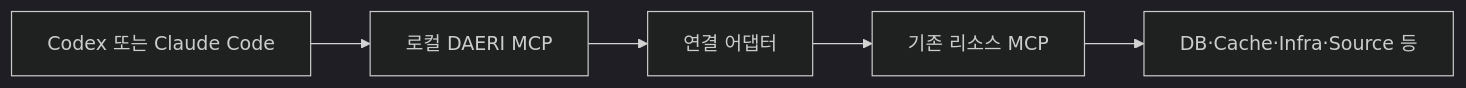
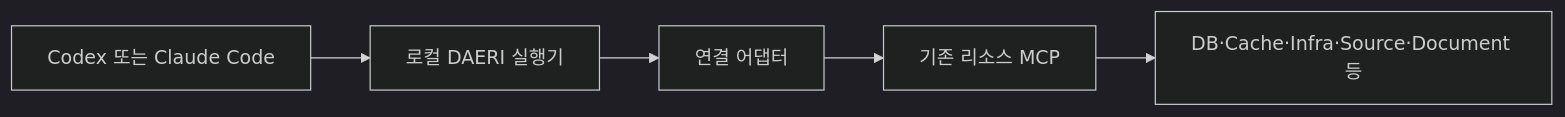
One commit to VVoodyHong/DAERI changed the diagram in docs/spec/resources/contract.md. Above: the diagram before and after it, drawn with Mermaid (dark theme). The commit also changed other lines of this file and 17 other files, not shown here.

````diff
--- a/docs/spec/resources/contract.md
+++ b/docs/spec/resources/contract.md
@@ -12,7 +13,7 @@
 ```mermaid
 flowchart LR
-    H[Codex 또는 Claude Code] --> D[로컬 DAERI MCP]
+    H[Codex 또는 Claude Code] --> D[로컬 DAERI 실행기]
     D --> A[연결 어댑터]
-    A --> B[기존 리소스 MCP]
-    B --> R[DB·Cache·Infra·Source 등]
+    A --> M[기존 리소스 MCP]
+    M --> R[DB·Cache·Infra·Source·Document 등]
 ```
````
